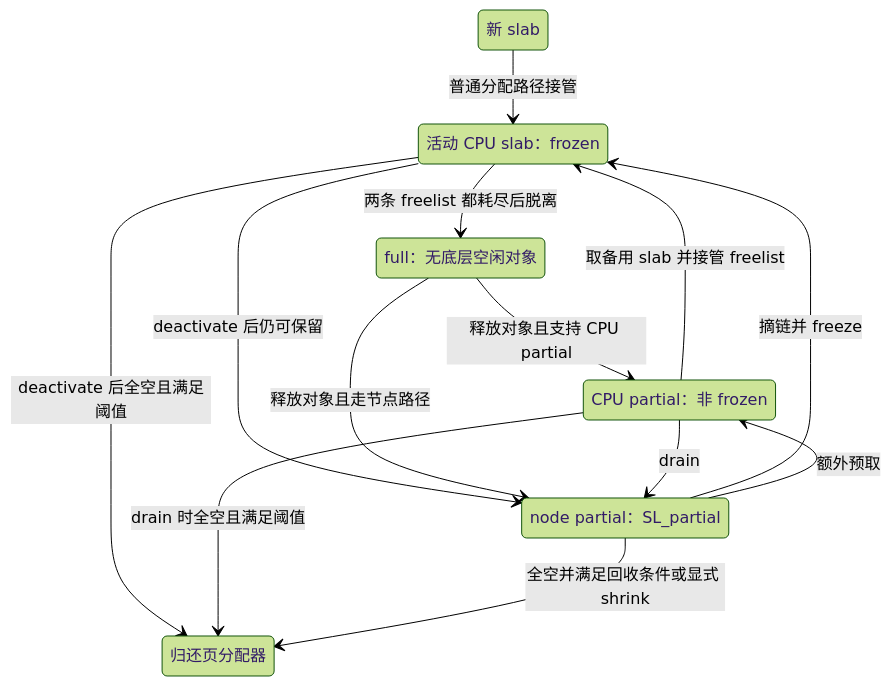
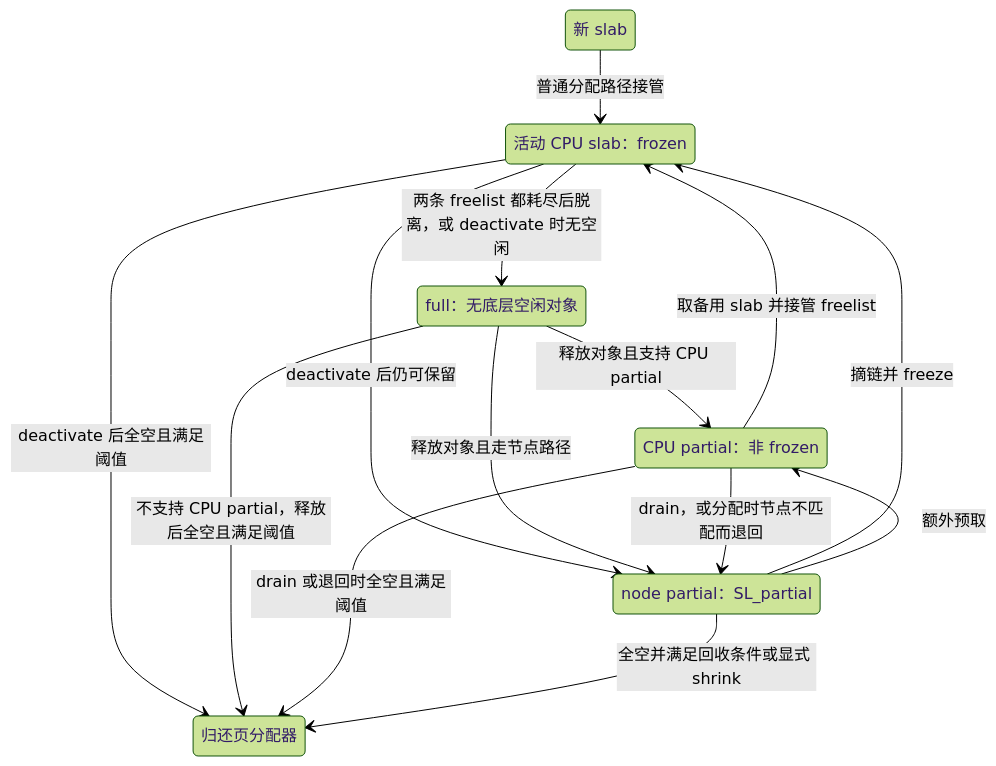
One commit to linuxperf/linux-study changed the third of 5 diagrams in book/memory/slub.md. Above: the diagram before and after it, drawn with Mermaid (forest theme). The commit also changed other lines of this file and 5 other files, not shown here.

````diff
--- a/book/memory/slub.md
+++ b/book/memory/slub.md
@@ -562,22 +572,23 @@
 ```mermaid
 stateDiagram-v2
     state "新 slab" as New
     state "活动 CPU slab：frozen" as Active
     state "CPU partial：非 frozen" as CPU
     state "node partial：SL_partial" as Node
     state "full：无底层空闲对象" as Full
     state "归还页分配器" as Released
 
     New --> Active: 普通分配路径接管
     Node --> Active: 摘链并 freeze
     Node --> CPU: 额外预取
     CPU --> Active: 取备用 slab 并接管 freelist
-    Active --> Full: 两条 freelist 都耗尽后脱离
+    Active --> Full: 两条 freelist 都耗尽后脱离，或 deactivate 时无空闲
     Active --> Node: deactivate 后仍可保留
     Active --> Released: deactivate 后全空且满足阈值
     Full --> CPU: 释放对象且支持 CPU partial
     Full --> Node: 释放对象且走节点路径
-    CPU --> Node: drain
-    CPU --> Released: drain 时全空且满足阈值
+    Full --> Released: 不支持 CPU partial，释放后全空且满足阈值
+    CPU --> Node: drain，或分配时节点不匹配而退回
+    CPU --> Released: drain 或退回时全空且满足阈值
     Node --> Released: 全空并满足回收条件或显式 shrink
 ```
````
